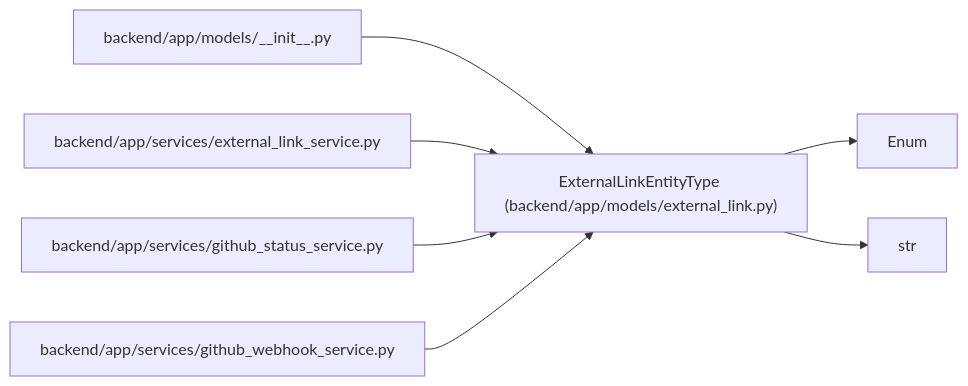
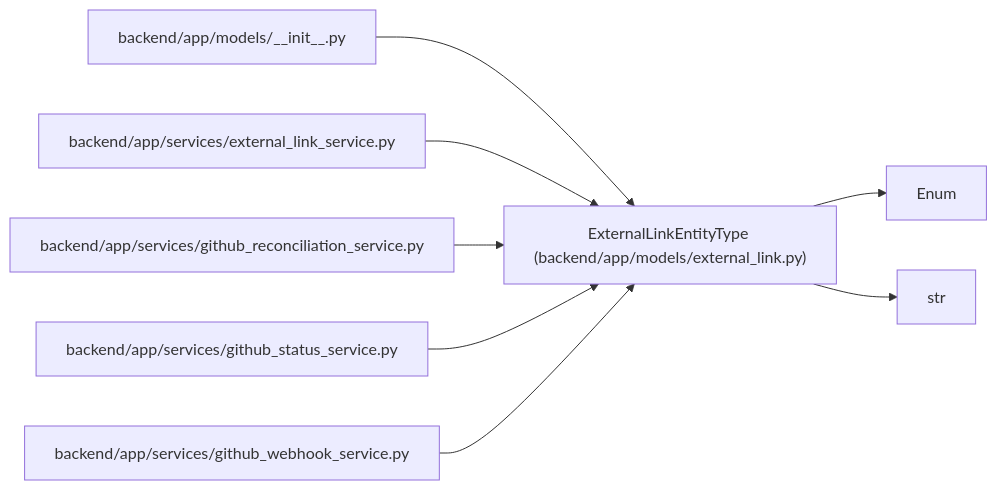
The diagram in docs/llm_wiki/entities/models_external_link_ExternalLinkEntityType.md (Denissvgn/WorkChord), drawn with Mermaid before and after one commit. The commit also changed other lines of this file and 1817 other files, not shown here.

First line of the commit message:
Refresh the architectural wiki for the 1.9.0 changes

````diff
--- a/docs/llm_wiki/entities/models_external_link_ExternalLinkEntityType.md
+++ b/docs/llm_wiki/entities/models_external_link_ExternalLinkEntityType.md
@@ -27,21 +27,24 @@
 ```mermaid
 flowchart LR
     n0["ExternalLinkEntityType (backend/app/models/external_link.py)"]
     n1["Enum"]
     n2["str"]
     n3["backend/app/models/__init__.py"]
     n4["backend/app/services/external_link_service.py"]
-    n5["backend/app/services/github_status_service.py"]
-    n6["backend/app/services/github_webhook_service.py"]
+    n5["backend/app/services/github_reconciliation_service.py"]
+    n6["backend/app/services/github_status_service.py"]
+    n7["backend/app/services/github_webhook_service.py"]
     n0 --> n1
     n0 --> n2
     n3 --> n0
     n4 --> n0
     n5 --> n0
     n6 --> n0
+    n7 --> n0
     click n0 "../modules/models_external_link.md"
     click n3 "../modules/models___init__.md"
     click n4 "../modules/external_link_service.md"
-    click n5 "../modules/github_status_service.md"
-    click n6 "../modules/github_webhook_service.md"
+    click n5 "../modules/github_reconciliation_service.md"
+    click n6 "../modules/github_status_service.md"
+    click n7 "../modules/github_webhook_service.md"
 ```
````
